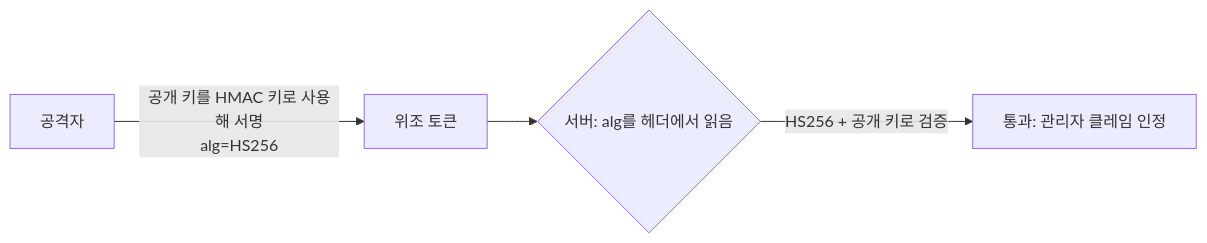
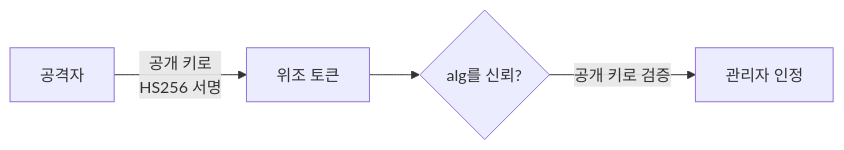
Before and after one commit to logiciris/logiciris.github.io: the second of 2 diagrams in _notes/jwt-vulnerabilities.md, drawn with Mermaid. The commit also changed other lines of this file and 28 other files, not shown here.

Commit message:
Notes batches 1-2: qa fixes (accuracy, links, mermaid labels)

````diff
--- a/_notes/jwt-vulnerabilities.md
+++ b/_notes/jwt-vulnerabilities.md
@@ -102,6 +102,6 @@
 ```mermaid
 flowchart LR
-    A["공격자"] -->|"공개 키를 HMAC 키로 사용해 서명<br/>alg=HS256"| T["위조 토큰"]
-    T --> S{"서버: alg를 헤더에서 읽음"}
-    S -->|"HS256 + 공개 키로 검증"| OK["통과: 관리자 클레임 인정"]
+    A["공격자"] -->|"공개 키로<br/>HS256 서명"| T["위조 토큰"]
+    T --> S{"alg를 신뢰?"}
+    S -->|"공개 키로 검증"| OK["관리자 인정"]
 ```
````
